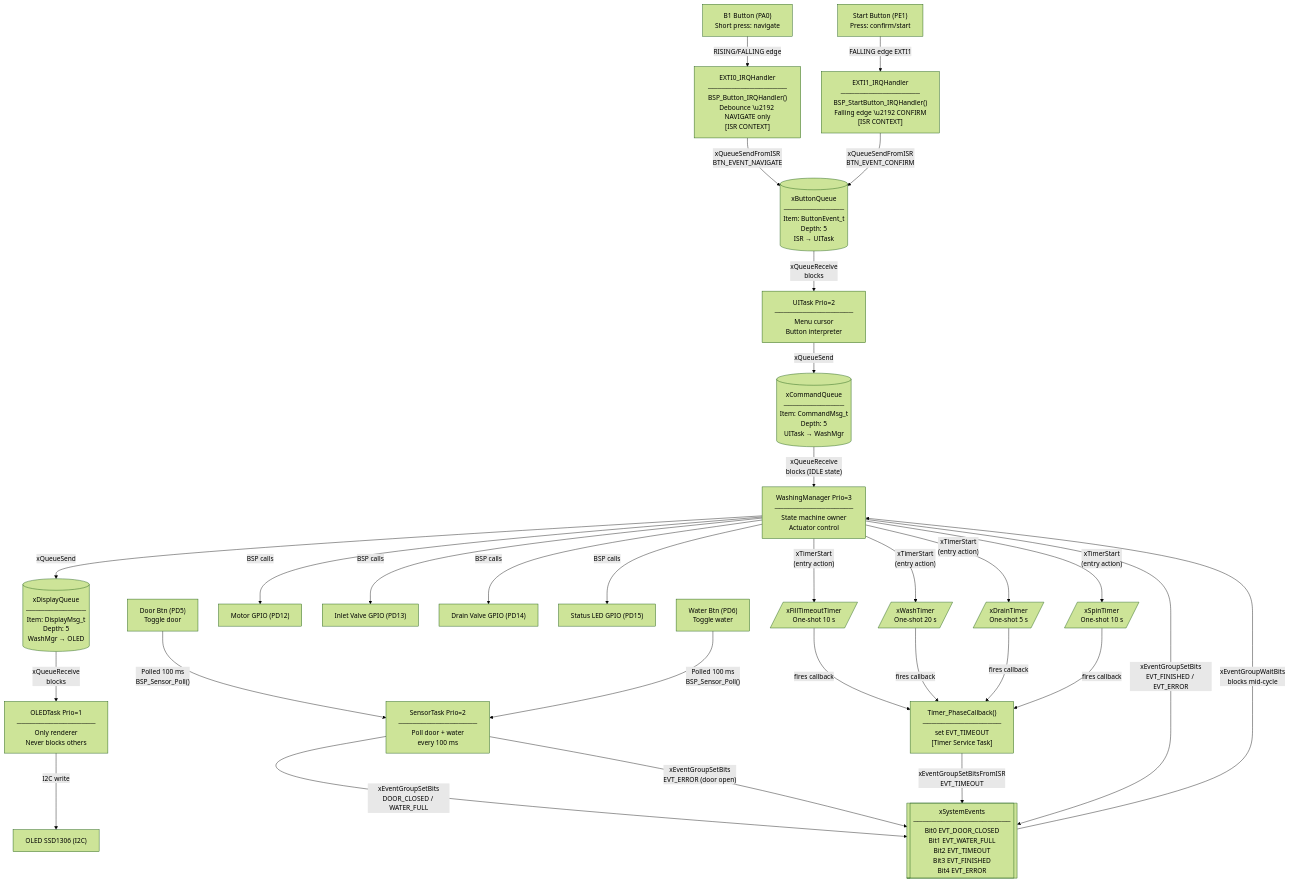
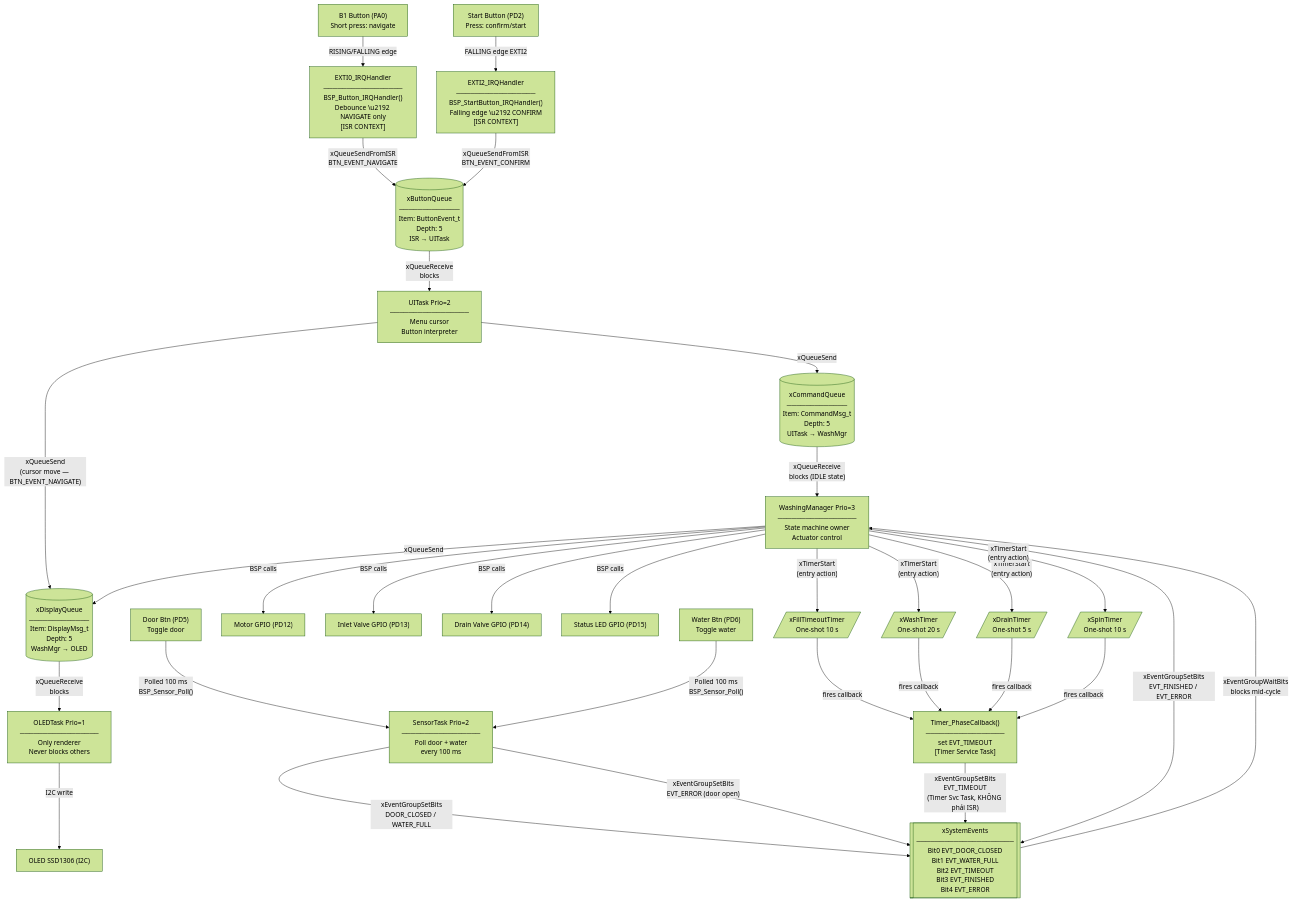
The first of 9 diagrams in docs/SYSTEM_DIAGRAMS.md (TTonyVi/Freertos_ST), drawn with Mermaid (forest theme) before and after one commit. The commit also changed other lines of this file and 18 other files, not shown here.

````diff
--- a/docs/SYSTEM_DIAGRAMS.md
+++ b/docs/SYSTEM_DIAGRAMS.md
@@ -12,62 +12,63 @@
 ```mermaid
 flowchart TD
     %% --- Hardware layer ---
     HW_BTN["B1 Button (PA0)\nShort press: navigate"]
-    HW_PE1["Start Button (PE1)\nPress: confirm/start"]
+    HW_PD2["Start Button (PD2)\nPress: confirm/start"]
     HW_PD5["Door Btn (PD5)\nToggle door"]
     HW_PD6["Water Btn (PD6)\nToggle water"]
     HW_OLED["OLED SSD1306 (I2C)"]
     HW_MOTOR["Motor GPIO (PD12)"]
     HW_INLET["Inlet Valve GPIO (PD13)"]
     HW_DRAIN["Drain Valve GPIO (PD14)"]
     HW_LED["Status LED GPIO (PD15)"]
 
     %% --- ISR layer ---
     ISR_BTN["EXTI0_IRQHandler\n─────────────────\nBSP_Button_IRQHandler()\nDebounce \u2192 NAVIGATE only\n[ISR CONTEXT]"]
-    ISR_PE1["EXTI1_IRQHandler\n─────────────────\nBSP_StartButton_IRQHandler()\nFalling edge \u2192 CONFIRM\n[ISR CONTEXT]"]
-    ISR_TMR["Timer_PhaseCallback()\n─────────────────\nset EVT_TIMEOUT\n[Timer Service Task]"]
+    ISR_PD2["EXTI2_IRQHandler\n─────────────────\nBSP_StartButton_IRQHandler()\nFalling edge \u2192 CONFIRM\n[ISR CONTEXT]"]
+    TMR_CB["Timer_PhaseCallback()\n─────────────────\nset EVT_TIMEOUT\n[Timer Service Task]"]
 
     %% --- Queue / Event objects ---
     Q_BTN[("xButtonQueue\n─────────────\nItem: ButtonEvent_t\nDepth: 5\nISR → UITask")]
     Q_CMD[("xCommandQueue\n─────────────\nItem: CommandMsg_t\nDepth: 5\nUITask → WashMgr")]
     Q_DSP[("xDisplayQueue\n─────────────\nItem: DisplayMsg_t\nDepth: 5\nWashMgr → OLED")]
     EG[["xSystemEvents\n─────────────────────\nBit0 EVT_DOOR_CLOSED\nBit1 EVT_WATER_FULL\nBit2 EVT_TIMEOUT\nBit3 EVT_FINISHED\nBit4 EVT_ERROR"]]
 
     %% --- Timers ---
     T1[/"xFillTimeoutTimer\nOne-shot 10 s"/]
     T2[/"xWashTimer\nOne-shot 20 s"/]
     T3[/"xDrainTimer\nOne-shot 5 s"/]
     T4[/"xSpinTimer\nOne-shot 10 s"/]
 
     %% --- Tasks ---
     UI["UITask  Prio=2\n─────────────────\nMenu cursor\nButton interpreter"]
     WASH["WashingManager  Prio=3\n─────────────────\nState machine owner\nActuator control"]
     SENSOR["SensorTask  Prio=2\n─────────────────\nPoll door + water\nevery 100 ms"]
     OLED["OLEDTask  Prio=1\n─────────────────\nOnly renderer\nNever blocks others"]
 
     %% --- Connections ---
     HW_BTN -->|"RISING/FALLING edge"| ISR_BTN
     ISR_BTN -->|"xQueueSendFromISR\nBTN_EVENT_NAVIGATE"| Q_BTN
-    HW_PE1 -->|"FALLING edge EXTI1"| ISR_PE1
-    ISR_PE1 -->|"xQueueSendFromISR\nBTN_EVENT_CONFIRM"| Q_BTN
+    HW_PD2 -->|"FALLING edge EXTI2"| ISR_PD2
+    ISR_PD2 -->|"xQueueSendFromISR\nBTN_EVENT_CONFIRM"| Q_BTN
     Q_BTN -->|"xQueueReceive\nblocks"| UI
     UI -->|"xQueueSend"| Q_CMD
+    UI -->|"xQueueSend\n(cursor move — BTN_EVENT_NAVIGATE)"| Q_DSP
 
     Q_CMD -->|"xQueueReceive\nblocks (IDLE state)"| WASH
     WASH -->|"xQueueSend"| Q_DSP
     Q_DSP -->|"xQueueReceive\nblocks"| OLED
     OLED -->|"I2C write"| HW_OLED
 
     HW_PD5 -->|"Polled 100 ms\nBSP_Sensor_Poll()"| SENSOR
     HW_PD6 -->|"Polled 100 ms\nBSP_Sensor_Poll()"| SENSOR
     SENSOR -->|"xEventGroupSetBits\nDOOR_CLOSED / WATER_FULL"| EG
     SENSOR -->|"xEventGroupSetBits\nEVT_ERROR (door open)"| EG
     EG -->|"xEventGroupWaitBits\nblocks mid-cycle"| WASH
 
     WASH -->|"xTimerStart\n(entry action)"| T1 & T2 & T3 & T4
-    T1 & T2 & T3 & T4 -->|"fires callback"| ISR_TMR
-    ISR_TMR -->|"xEventGroupSetBitsFromISR\nEVT_TIMEOUT"| EG
+    T1 & T2 & T3 & T4 -->|"fires callback"| TMR_CB
+    TMR_CB -->|"xEventGroupSetBits\nEVT_TIMEOUT\n(Timer Svc Task, KHÔNG phải ISR)"| EG
     WASH -->|"xEventGroupSetBits\nEVT_FINISHED / EVT_ERROR"| EG
 
     WASH -->|"BSP calls"| HW_MOTOR & HW_INLET & HW_DRAIN & HW_LED
 ```
````
